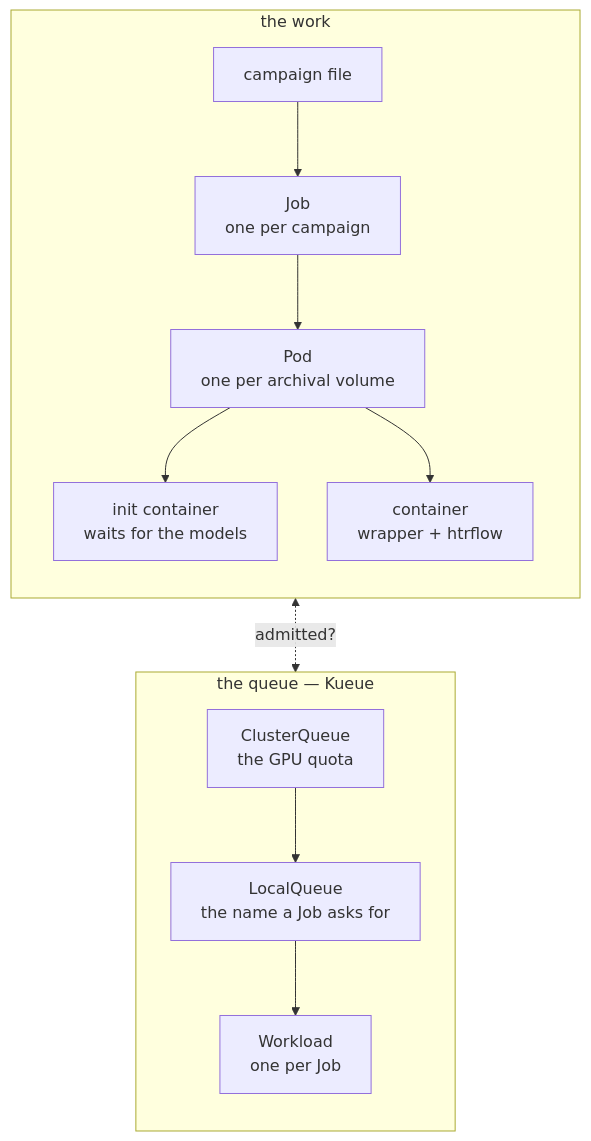
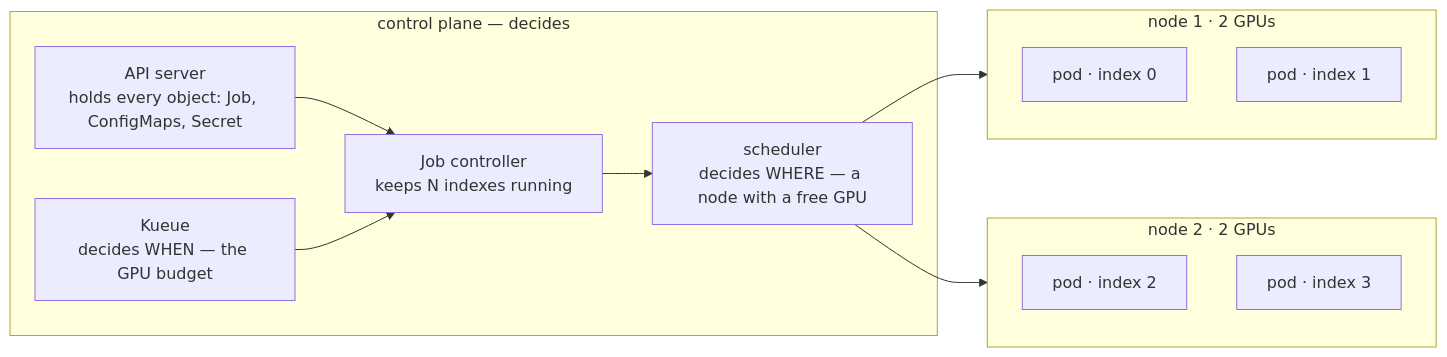
Before and after one commit to AI-Riksarkivet/htrflow-batch: the diagram in docs/slides/assets/part-1-from-one-folder-to-the-archive-6.mmd, drawn with Mermaid. The commit also changed 10 other files, not shown here.

```diff
--- a/docs/slides/assets/part-1-from-one-folder-to-the-archive-6.mmd
+++ b/docs/slides/assets/part-1-from-one-folder-to-the-archive-6.mmd
@@ -1,14 +1,19 @@
-flowchart TB
-  subgraph WORK["the work"]
-    direction TB
-    CF["campaign file"] --> JOB["Job<br/>one per campaign"]
-    JOB --> POD["Pod<br/>one per archival volume"]
-    POD --> INIT["init container<br/>waits for the models"]
-    POD --> CON["container<br/>wrapper + htrflow"]
+flowchart LR
+  subgraph CP["control plane — decides"]
+    API["API server<br/>holds every object: Job, ConfigMaps, Secret"]
+    JC["Job controller<br/>keeps N indexes running"]
+    KQ["Kueue<br/>decides WHEN — the GPU budget"]
+    SCH["scheduler<br/>decides WHERE — a node with a free GPU"]
   end
-  subgraph QUEUE["the queue — Kueue"]
-    direction TB
-    CQ["ClusterQueue<br/>the GPU quota"] --> LQ["LocalQueue<br/>the name a Job asks for"]
-    LQ --> WL["Workload<br/>one per Job"]
+  subgraph N1["node 1 · 2 GPUs"]
+    P0["pod · index 0"]
+    P1["pod · index 1"]
   end
-  JOB <-. "admitted?" .-> WL
+  subgraph N2["node 2 · 2 GPUs"]
+    P2["pod · index 2"]
+    P3["pod · index 3"]
+  end
+  API --> JC --> SCH
+  KQ --> JC
+  SCH --> N1
+  SCH --> N2
```
